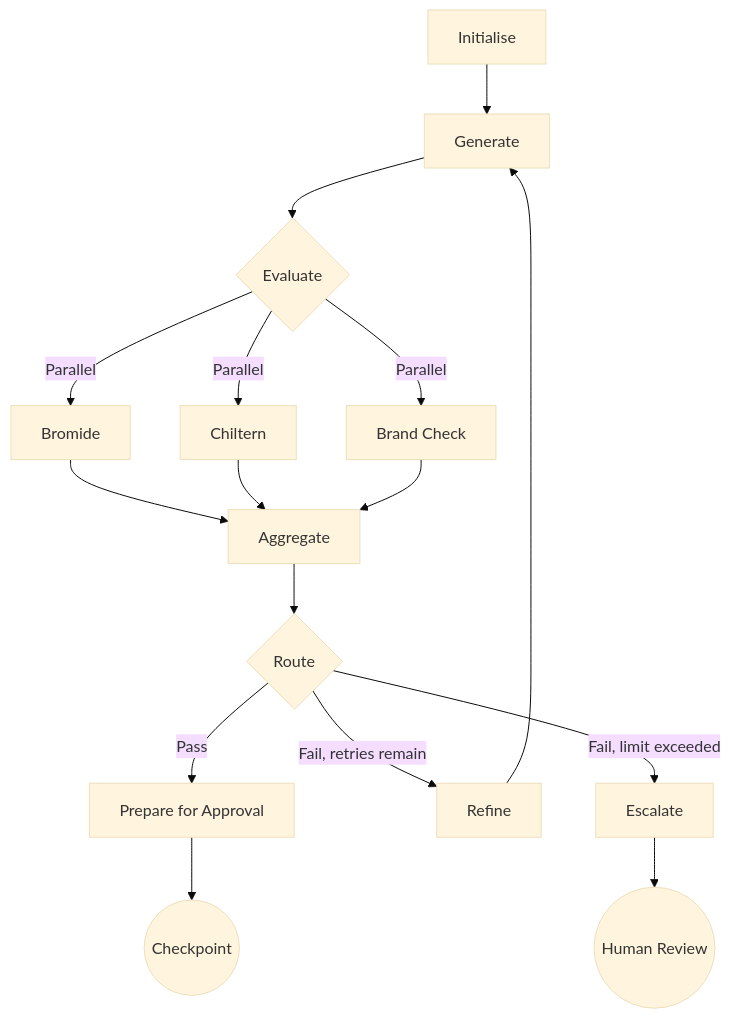
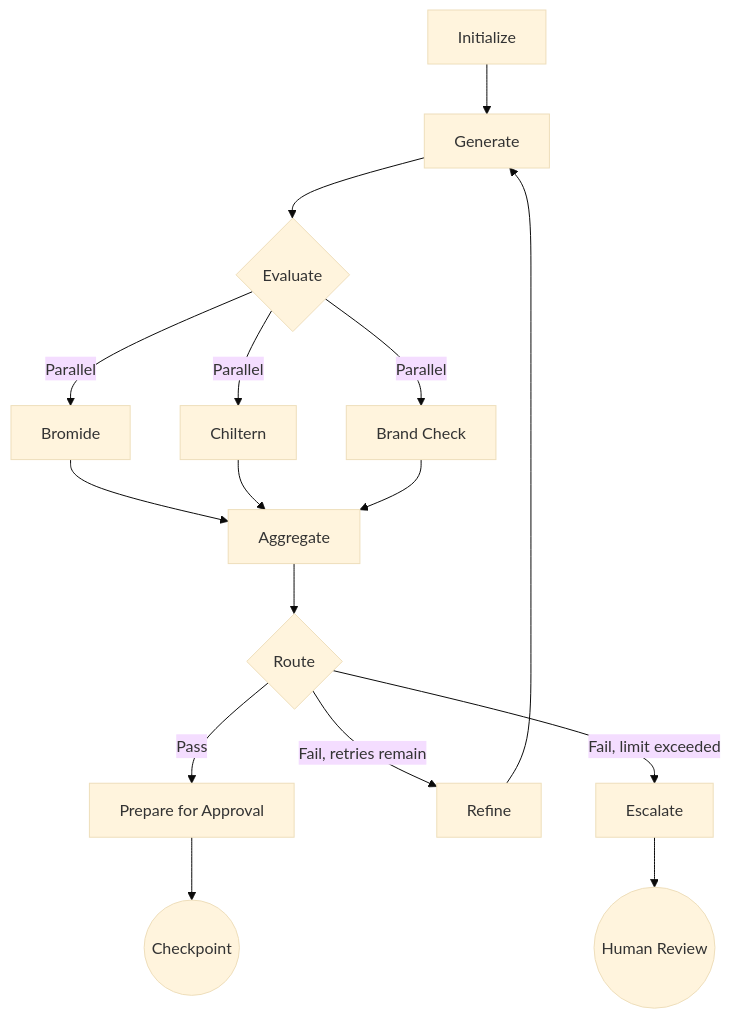
The first of 10 diagrams in docs/episodic-podcast-generation-system-design.md (leynos/episodic), drawn with Mermaid (base theme) before and after one commit. The commit also changed other lines of this file and 20 other files, not shown here.

````diff
--- a/docs/episodic-podcast-generation-system-design.md
+++ b/docs/episodic-podcast-generation-system-design.md
@@ -353,18 +353,18 @@
 ```mermaid
 flowchart TD
-    A[Initialise] --> B[Generate]
+    A[Initialize] --> B[Generate]
     B --> C{Evaluate}
     C -->|Parallel| D1[Bromide]
     C -->|Parallel| D2[Chiltern]
     C -->|Parallel| D3[Brand Check]
     D1 --> E[Aggregate]
     D2 --> E
     D3 --> E
     E --> F{Route}
     F -->|Pass| G[Prepare for Approval]
     F -->|Fail, retries remain| H[Refine]
     F -->|Fail, limit exceeded| I[Escalate]
     H --> B
     G --> J((Checkpoint))
     I --> K((Human Review))
 ```
````
